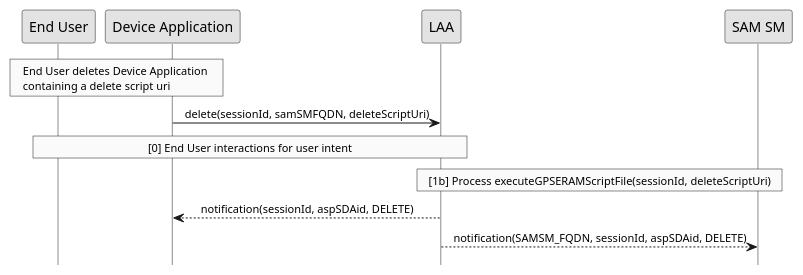
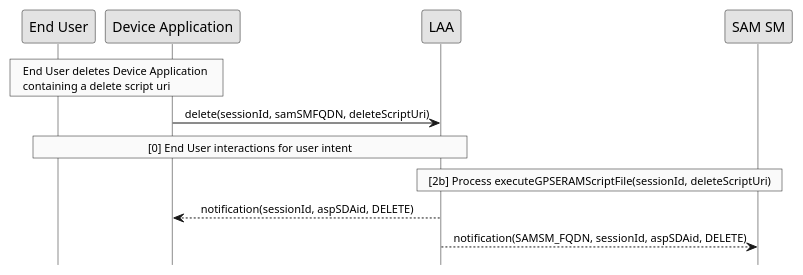
Before and after one commit to gaelrgerard/laa: the diagram in doc/uml/delete-device-script.pu, drawn with PlantUML. The commit also changed 6 other files, not shown here.

```diff
--- a/doc/uml/delete-device-script.pu
+++ b/doc/uml/delete-device-script.pu
@@ -1,31 +1,31 @@
 @startuml
 
 hide footbox
 skinparam sequenceMessageAlign center
 skinparam sequenceArrowFontSize 11
 skinparam noteFontSize 11
 skinparam monochrome true
 skinparam lifelinestrategy solid
  
 rnote over "End User", "Device Application"
      End User deletes Device Application 
      containing a delete script uri
 end rnote
 
 "Device Application" -> LAA : delete(sessionId, samSMFQDN, deleteScriptUri)
 
 rnote over "LAA", "End User"
      [0] End User interactions for user intent
 end rnote
 
 
 rnote over "LAA", "SAM SM"
-     [1b] Process executeGPSERAMScriptFile(sessionId, deleteScriptUri)
+     [2b] Process executeGPSERAMScriptFile(sessionId, deleteScriptUri)
 end rnote
 
 
  
 LAA --> "Device Application" : notification(sessionId, aspSDAid, DELETE)
  
 LAA --> "SAM SM" : notification(SAMSM_FQDN, sessionId, aspSDAid, DELETE)
 @enduml
```
